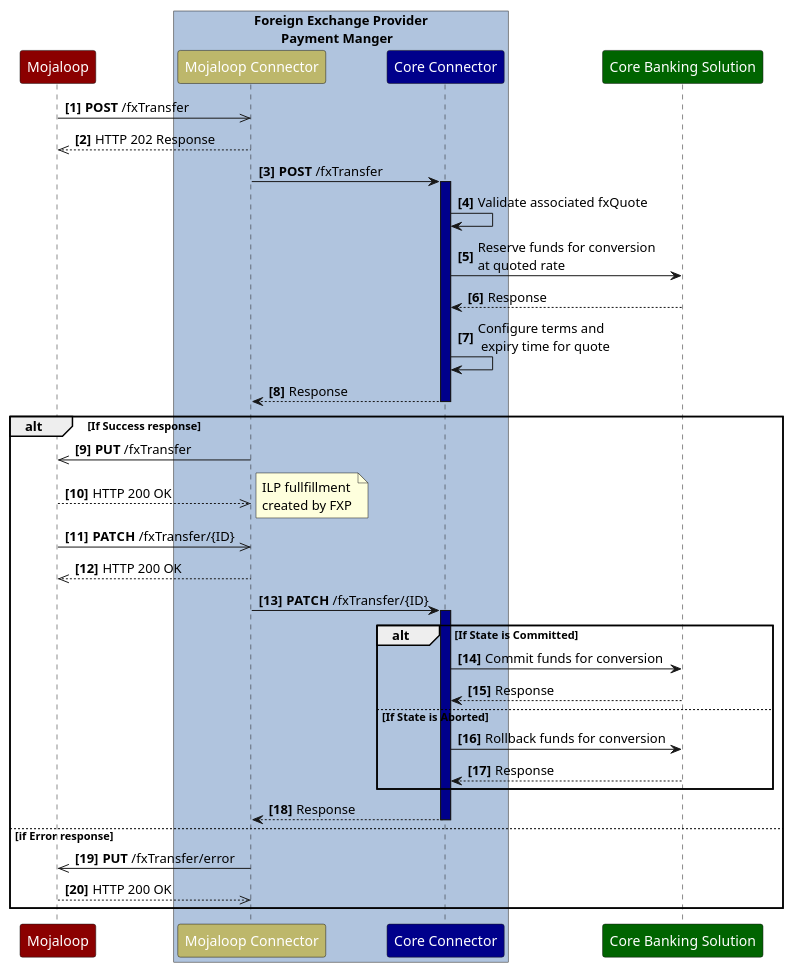
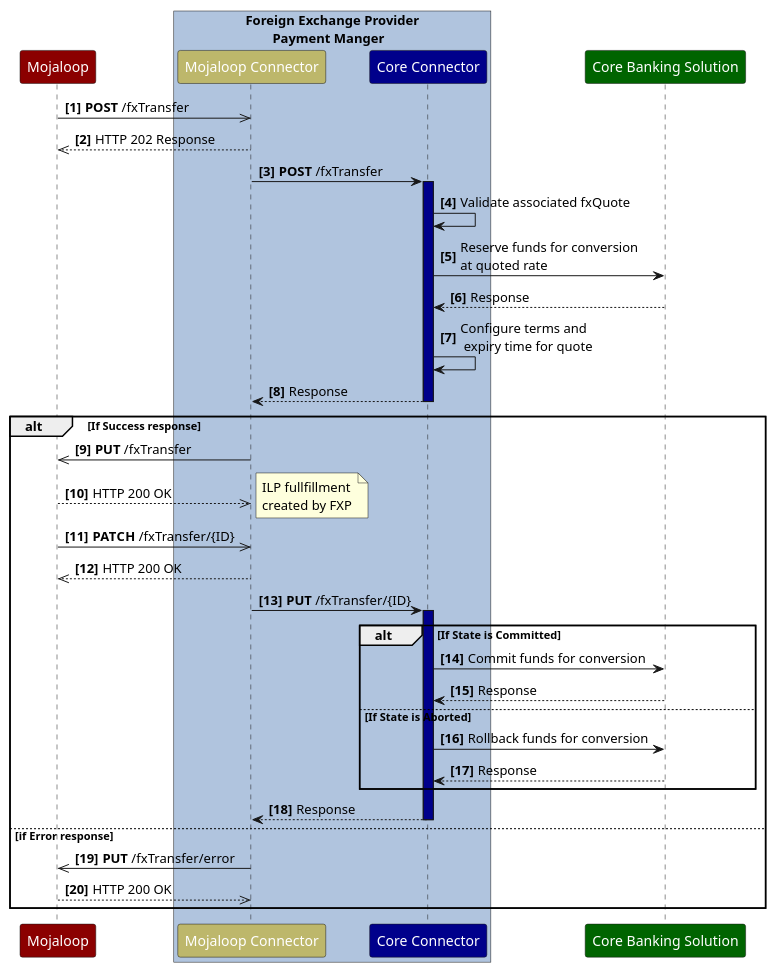
The diagram in DesignSequenceDiagrams/FXPIntegrationPattern-Conversion.PlantUML (infitx-org/participation-tool-docs), drawn with PlantUML before and after one commit. The commit also changed 3 other files, not shown here.

Commit message:
Updated PATCH/PUT description on FX Transfer

```diff
--- a/DesignSequenceDiagrams/FXPIntegrationPattern-Conversion.PlantUML
+++ b/DesignSequenceDiagrams/FXPIntegrationPattern-Conversion.PlantUML
@@ -1,60 +1,60 @@
 @startuml FXPIntegrationPattern-Conversion
 /'*****
 --------------
 ******'/
 
 ' declare title
 ' title FXPIntegrationPattern-Conversion
 ' declare actors
 skinparam participant {
   FontColor white
 }
 participant "Mojaloop" as Switch #DarkRed
 box "Foreign Exchange Provider\n        Payment Manger" #LightSteelBlue
   participant "Mojaloop Connector" as MC #DarkKhaki
   participant "Core Connector" as CC  #DarkBlue
 end box
 participant "Core Banking Solution" as CBS #DarkGreen
 
 autonumber 1 1 "<b>[0]"
 
 
 Switch->>MC: **POST** /fxTransfer
 MC-->>Switch: HTTP 202 Response
 MC->CC: **POST** /fxTransfer
 activate CC #DarkBlue
 CC->CC: Validate associated fxQuote
 CC->CBS: Reserve funds for conversion \nat quoted rate
 CBS-->CC: Response 
 CC->CC: Configure terms and\n expiry time for quote
 CC-->MC: Response
 deactivate CC
 alt If Success response
 MC->>Switch: **PUT** /fxTransfer
 Switch-->>MC: HTTP 200 OK
 
 note right
   ILP fullfillment 
   created by FXP
 end note
 Switch->>MC: **PATCH** /fxTransfer/{ID}
 MC-->>Switch: HTTP 200 OK
-MC->CC: **PATCH** /fxTransfer/{ID}
+MC->CC: **PUT** /fxTransfer/{ID}
 activate CC #DarkBlue
 alt If State is Committed
 CC->CBS: Commit funds for conversion 
 CBS-->CC: Response 
 else If State is Aborted
 CC->CBS: Rollback funds for conversion
 CBS-->CC: Response 
 end
 CC-->MC: Response
 deactivate CC
 
 else if Error response
 MC->>Switch: **PUT** /fxTransfer/error
 Switch-->>MC: HTTP 200 OK
 end
 
 
 @enduml
```
